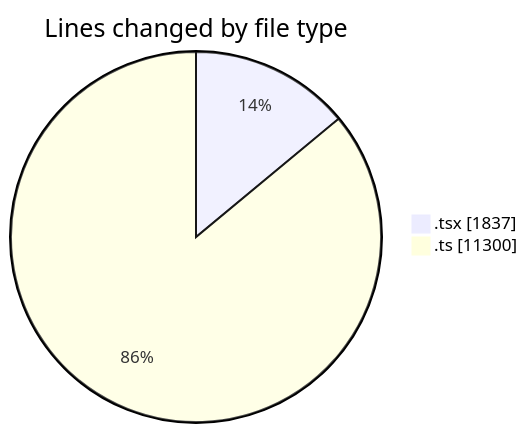
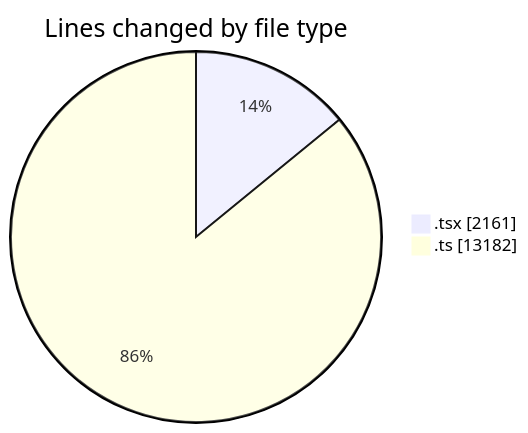
Before and after one commit to momahboobian/code-tracking: the first of 2 diagrams in 2025-09-22/cda/README.md, drawn with Mermaid. The commit also changed other lines of this file and 1 other file, not shown here.

````diff
--- a/2025-09-22/cda/README.md
+++ b/2025-09-22/cda/README.md
@@ -28,6 +29,6 @@
 ```mermaid
 pie showData
 title Lines changed by file type
-".tsx" : 1837
-".ts" : 11300
+".tsx" : 2161
+".ts" : 13182
 ```
````
